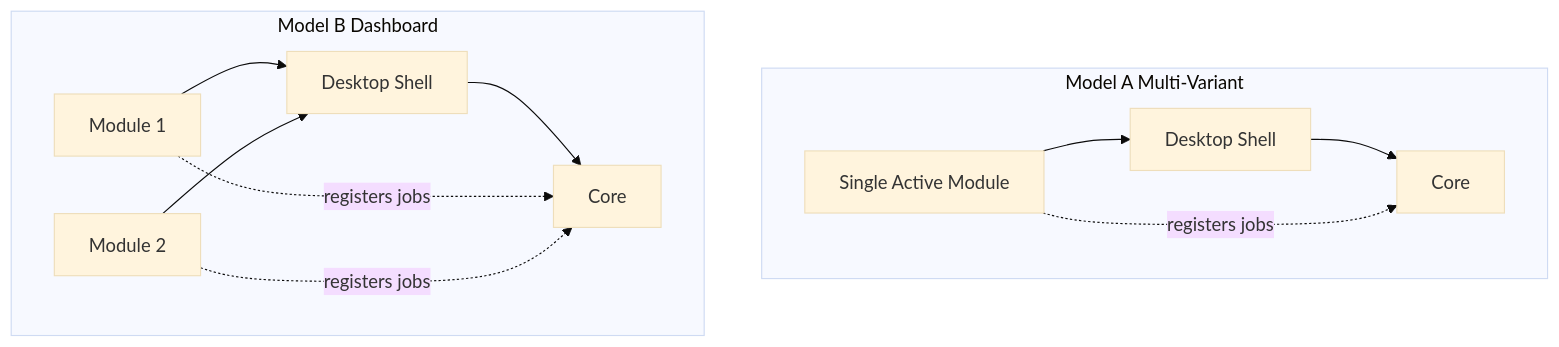
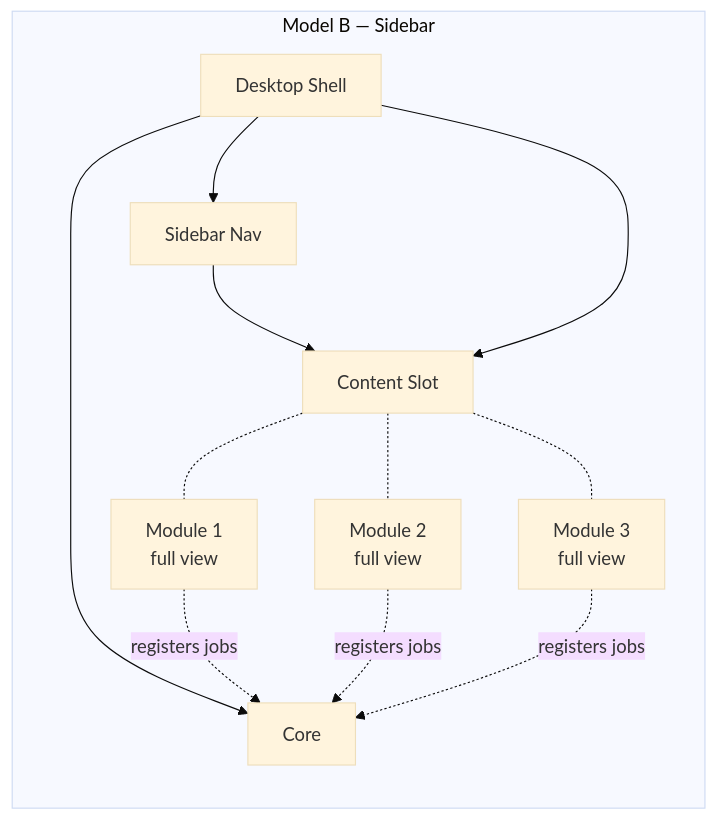
The second of 4 diagrams in diagrams/module-models.md (jeremysykes/aro-studio-apps-dev), drawn with Mermaid (base theme) before and after one commit. The commit also changed other lines of this file and 11 other files, not shown here.

First line of the commit message:
docs: define three module models (Standalone, Sidebar, Dashboard)

````diff
--- a/diagrams/module-models.md
+++ b/diagrams/module-models.md
@@ -3,23 +23,24 @@
 ```mermaid
 flowchart TB
-  subgraph ModelA [Model A Multi-Variant]
-    DesktopA[Desktop Shell]
-    ModuleA[Single Active Module]
-    CoreA[Core]
-    DesktopA --> CoreA
-    ModuleA --> DesktopA
-    ModuleA -.->|registers jobs| CoreA
-  end
+  subgraph ModelB ["Model B — Sidebar"]
+    direction TB
+    DesktopB[Desktop Shell]
+    SidebarB[Sidebar Nav]
+    ContentB[Content Slot]
+    Module1B[Module 1<br/>full view]
+    Module2B[Module 2<br/>full view]
+    Module3B[Module 3<br/>full view]
+    CoreB[Core]
 
-  subgraph ModelB [Model B Dashboard]
-    DesktopB[Desktop Shell]
-    Module1[Module 1]
-    Module2[Module 2]
-    CoreB[Core]
+    SidebarB --> ContentB
+    ContentB -.- Module1B
+    ContentB -.- Module2B
+    ContentB -.- Module3B
+    DesktopB --> SidebarB
+    DesktopB --> ContentB
     DesktopB --> CoreB
-    Module1 --> DesktopB
-    Module2 --> DesktopB
-    Module1 -.->|registers jobs| CoreB
-    Module2 -.->|registers jobs| CoreB
+    Module1B -.->|registers jobs| CoreB
+    Module2B -.->|registers jobs| CoreB
+    Module3B -.->|registers jobs| CoreB
   end
 ```
````
